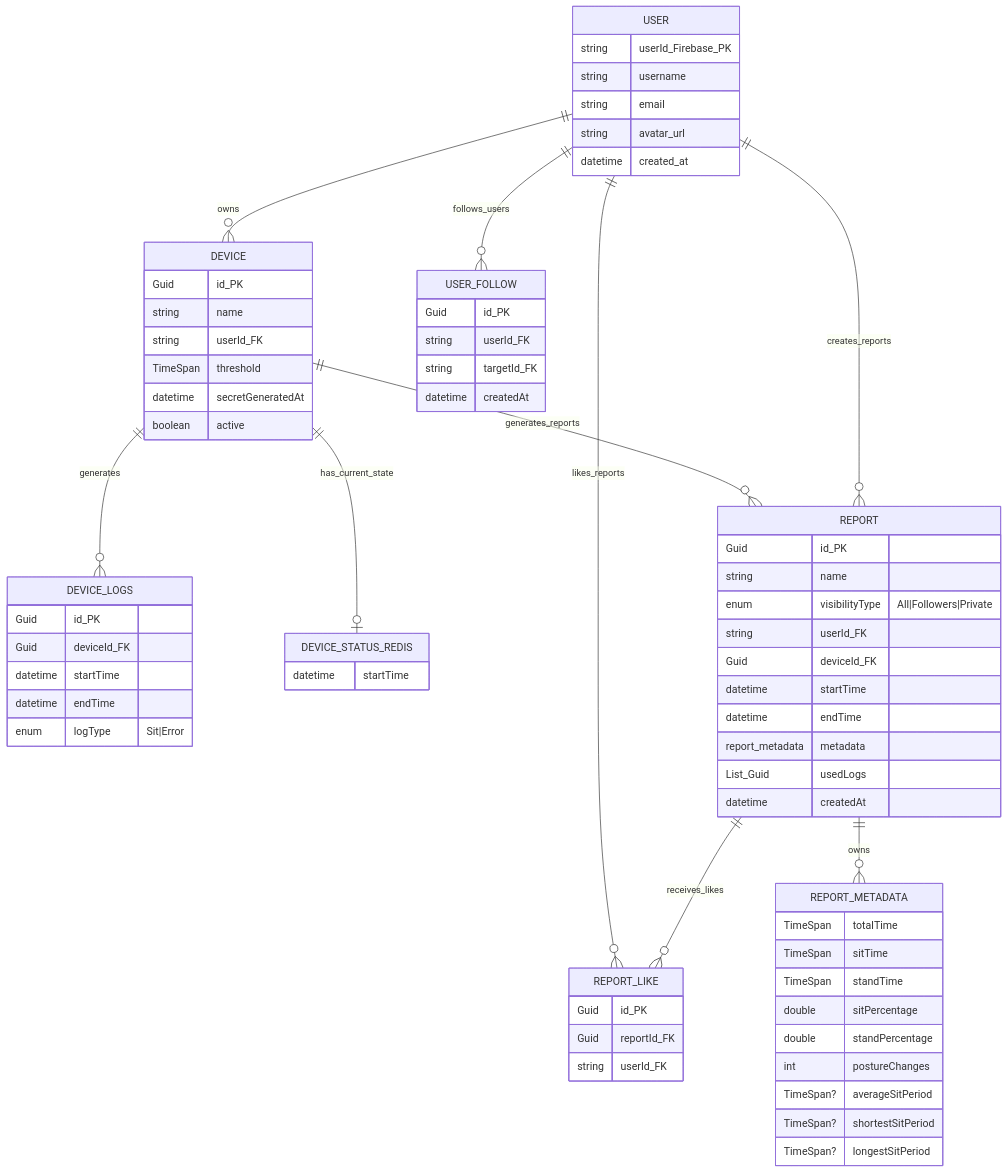
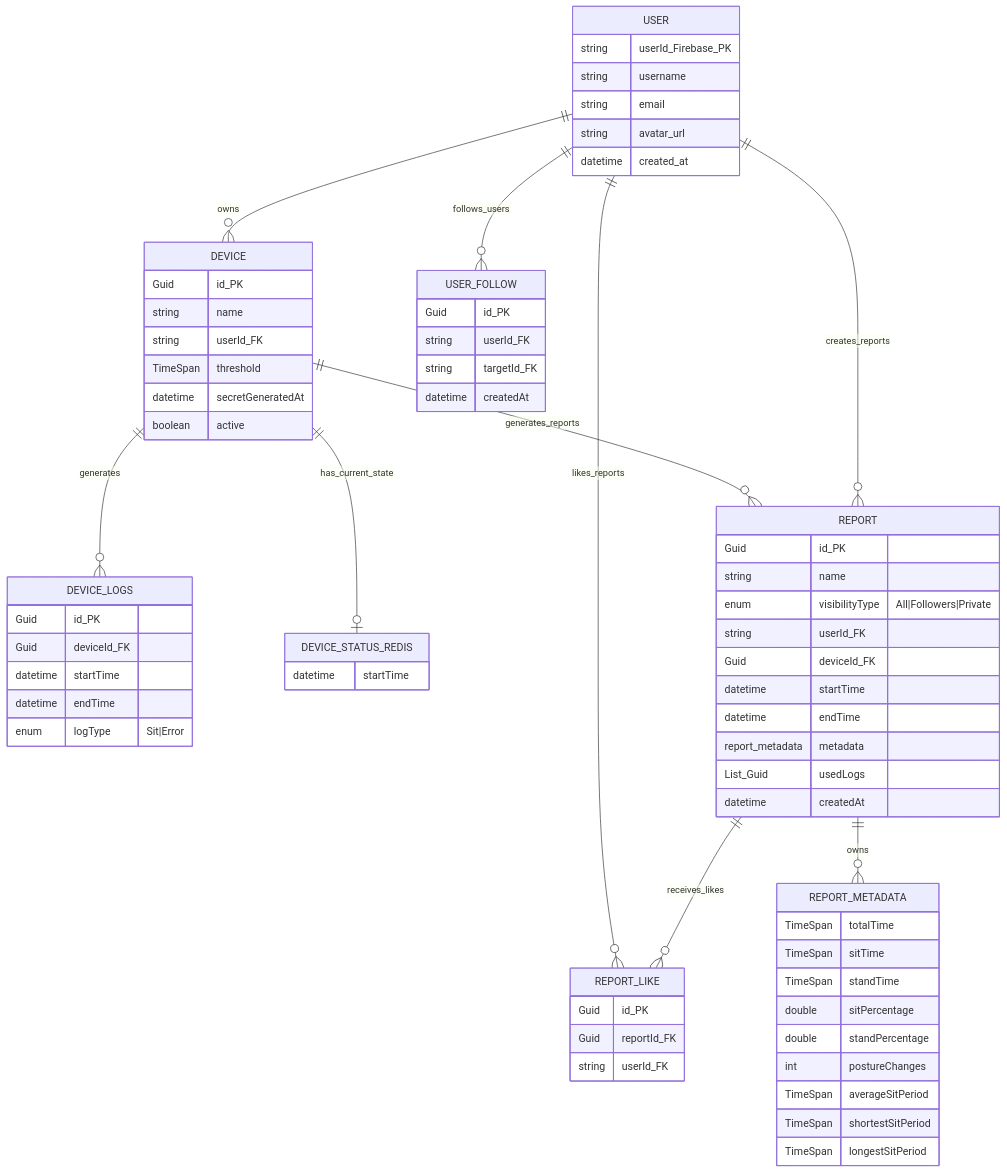
The second of 3 diagrams in README.md (Back-Buddy/Backend), drawn with Mermaid before and after one commit.

````diff
--- a/README.md
+++ b/README.md
@@ -248,80 +248,80 @@
 ```mermaid
 erDiagram
     USER {
         string userId_Firebase_PK
         string username
         string email
         string avatar_url
         datetime created_at
     }
 
     DEVICE {
         Guid id_PK
         string name
         string userId_FK
         TimeSpan threshold
         datetime secretGeneratedAt
         boolean active
     }
 
     DEVICE_LOGS {
         Guid id_PK
         Guid deviceId_FK
         datetime startTime
         datetime endTime
         enum logType "Sit|Error"
     }
 
     DEVICE_STATUS_REDIS {
         datetime startTime
     }
 
     REPORT {
         Guid id_PK
         string name
         enum visibilityType "All|Followers|Private"
         string userId_FK
         Guid deviceId_FK
         datetime startTime
         datetime endTime
         report_metadata metadata
         List_Guid usedLogs
         datetime createdAt
     }
 
     REPORT_METADATA {
         TimeSpan totalTime
         TimeSpan sitTime
         TimeSpan standTime
         double sitPercentage
         double standPercentage
         int postureChanges
-        TimeSpan? averageSitPeriod
-        TimeSpan? shortestSitPeriod
-        TimeSpan? longestSitPeriod
+        TimeSpan averageSitPeriod
+        TimeSpan shortestSitPeriod
+        TimeSpan longestSitPeriod
     }
 
     REPORT_LIKE {
         Guid id_PK
         Guid reportId_FK
         string userId_FK
     }
 
     USER_FOLLOW {
         Guid id_PK
         string userId_FK
         string targetId_FK
         datetime createdAt
     }
 
     %% Relationships
     USER ||--o{ DEVICE : "owns"
     DEVICE ||--o{ DEVICE_LOGS : "generates"
     DEVICE ||--o| DEVICE_STATUS_REDIS : "has_current_state"
     DEVICE ||--o{ REPORT : "generates_reports"
     USER ||--o{ REPORT : "creates_reports"
     USER ||--o{ USER_FOLLOW : "follows_users"
     USER ||--o{ REPORT_LIKE : "likes_reports"
     REPORT ||--o{ REPORT_LIKE : "receives_likes"
     REPORT ||--o{ REPORT_METADATA: "owns"
 ```
````
